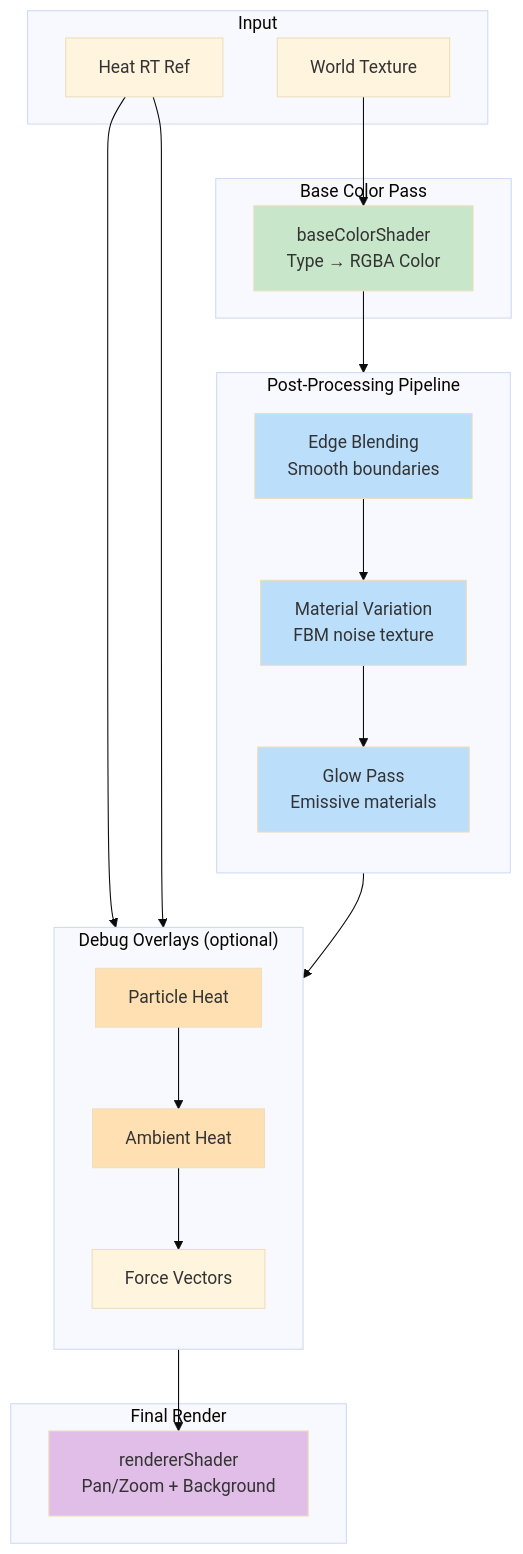
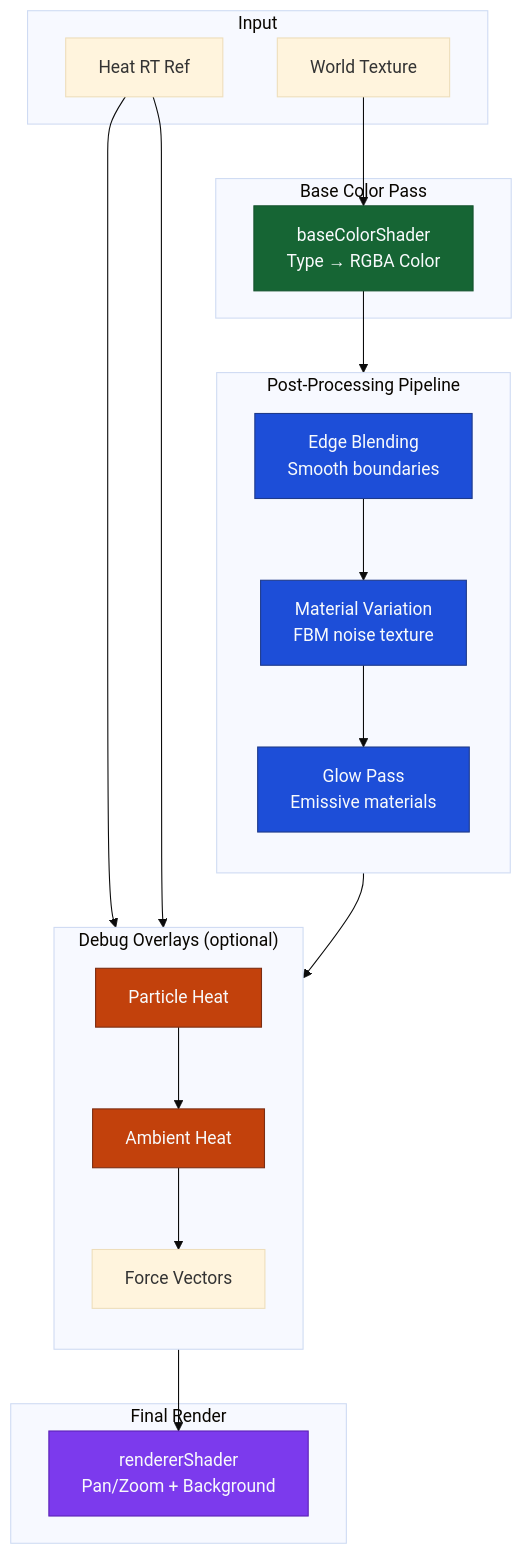
The second of 3 diagrams in CLAUDE.md (gurbano/sandymarton), drawn with Mermaid (base theme) before and after one commit. The commit also changed other lines of this file, not shown here.

````diff
--- a/CLAUDE.md
+++ b/CLAUDE.md
@@ -196,48 +207,48 @@
 ```mermaid
 flowchart TB
     subgraph Input
         WT[World Texture]
         HRT[Heat RT Ref]
     end
 
     subgraph BaseColor["Base Color Pass"]
         BC[baseColorShader<br/>Type → RGBA Color]
     end
 
     subgraph PostProcess["Post-Processing Pipeline"]
         direction TB
         EB[Edge Blending<br/>Smooth boundaries]
         MV[Material Variation<br/>FBM noise texture]
         GL[Glow Pass<br/>Emissive materials]
     end
 
     subgraph Overlays["Debug Overlays (optional)"]
         direction TB
         PH[Particle Heat]
         AH[Ambient Heat]
         FO[Force Vectors]
     end
 
     subgraph FinalRender["Final Render"]
         RS[rendererShader<br/>Pan/Zoom + Background]
     end
 
     WT --> BC
     BC --> EB
     EB --> MV
     MV --> GL
     GL --> PH
     PH --> AH
     AH --> FO
     FO --> RS
     HRT --> PH
     HRT --> AH
 
-    style BC fill:#c8e6c9
-    style EB fill:#bbdefb
-    style MV fill:#bbdefb
-    style GL fill:#bbdefb
-    style PH fill:#ffe0b2
-    style AH fill:#ffe0b2
-    style RS fill:#e1bee7
+  style BC fill:#166534,stroke:#14532d,color:#f8fafc
+  style EB fill:#1d4ed8,stroke:#1e3a8a,color:#f8fafc
+  style MV fill:#1d4ed8,stroke:#1e3a8a,color:#f8fafc
+  style GL fill:#1d4ed8,stroke:#1e3a8a,color:#f8fafc
+  style PH fill:#c2410c,stroke:#7c2d12,color:#f8fafc
+  style AH fill:#c2410c,stroke:#7c2d12,color:#f8fafc
+  style RS fill:#7c3aed,stroke:#5b21b6,color:#f8fafc
 ```
````
